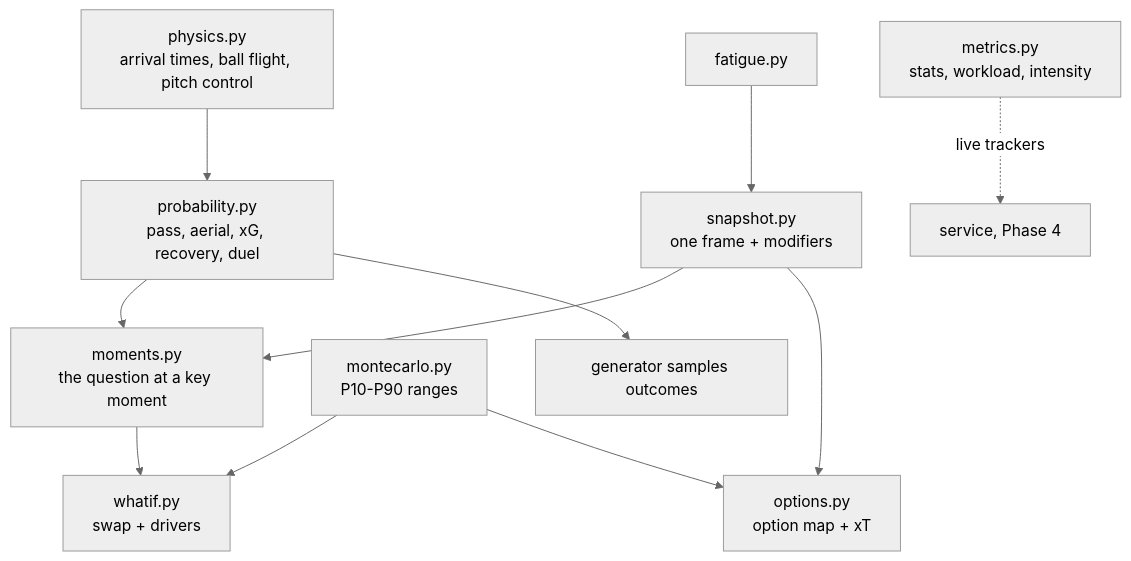
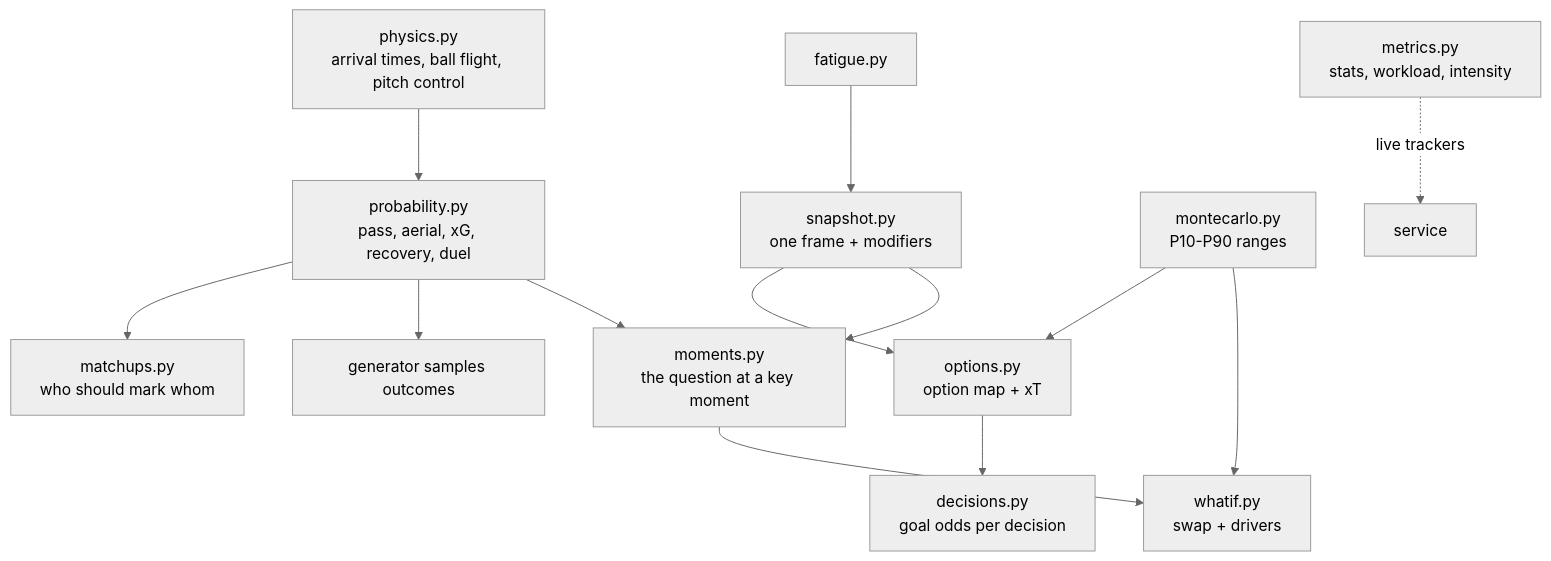
The sixth of 6 diagrams in ARCHITECTURE.md (vamsi243/Decisionlens), drawn with Mermaid (neutral theme) before and after one commit. The commit also changed other lines of this file and 3 other files, not shown here.

First line of the commit message:
docs: bring README, features, architecture and code explainer up to date

````diff
--- a/ARCHITECTURE.md
+++ b/ARCHITECTURE.md
@@ -138,11 +142,13 @@
 ```mermaid
 flowchart TB
   PH[physics.py<br/>arrival times, ball flight, pitch control] --> PR[probability.py<br/>pass, aerial, xG, recovery, duel]
   FA[fatigue.py] --> SN[snapshot.py<br/>one frame + modifiers]
   PR --> MO[moments.py<br/>the question at a key moment]
   SN --> MO --> WI[whatif.py<br/>swap + drivers]
   SN --> OP[options.py<br/>option map + xT]
   MC[montecarlo.py<br/>P10-P90 ranges] --> WI & OP
-  ME[metrics.py<br/>stats, workload, intensity] -.live trackers.-> SV[service, Phase 4]
+  ME[metrics.py<br/>stats, workload, intensity] -.live trackers.-> SV[service]
   PR --> GEN[generator samples outcomes]
+  OP --> DE[decisions.py<br/>goal odds per decision]
+  PR --> MU[matchups.py<br/>who should mark whom]
 ```
````
